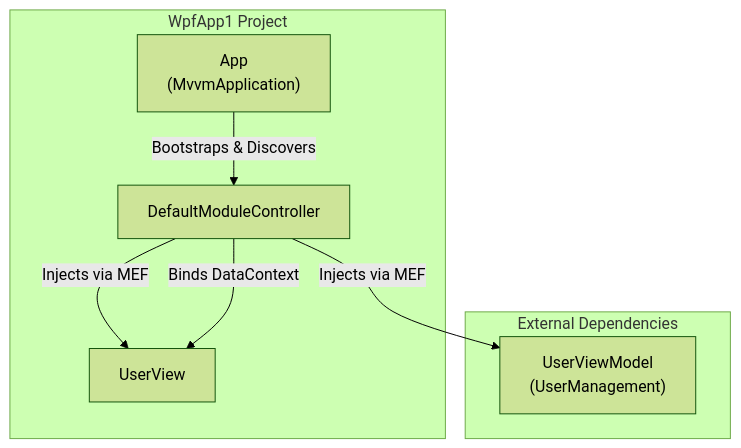
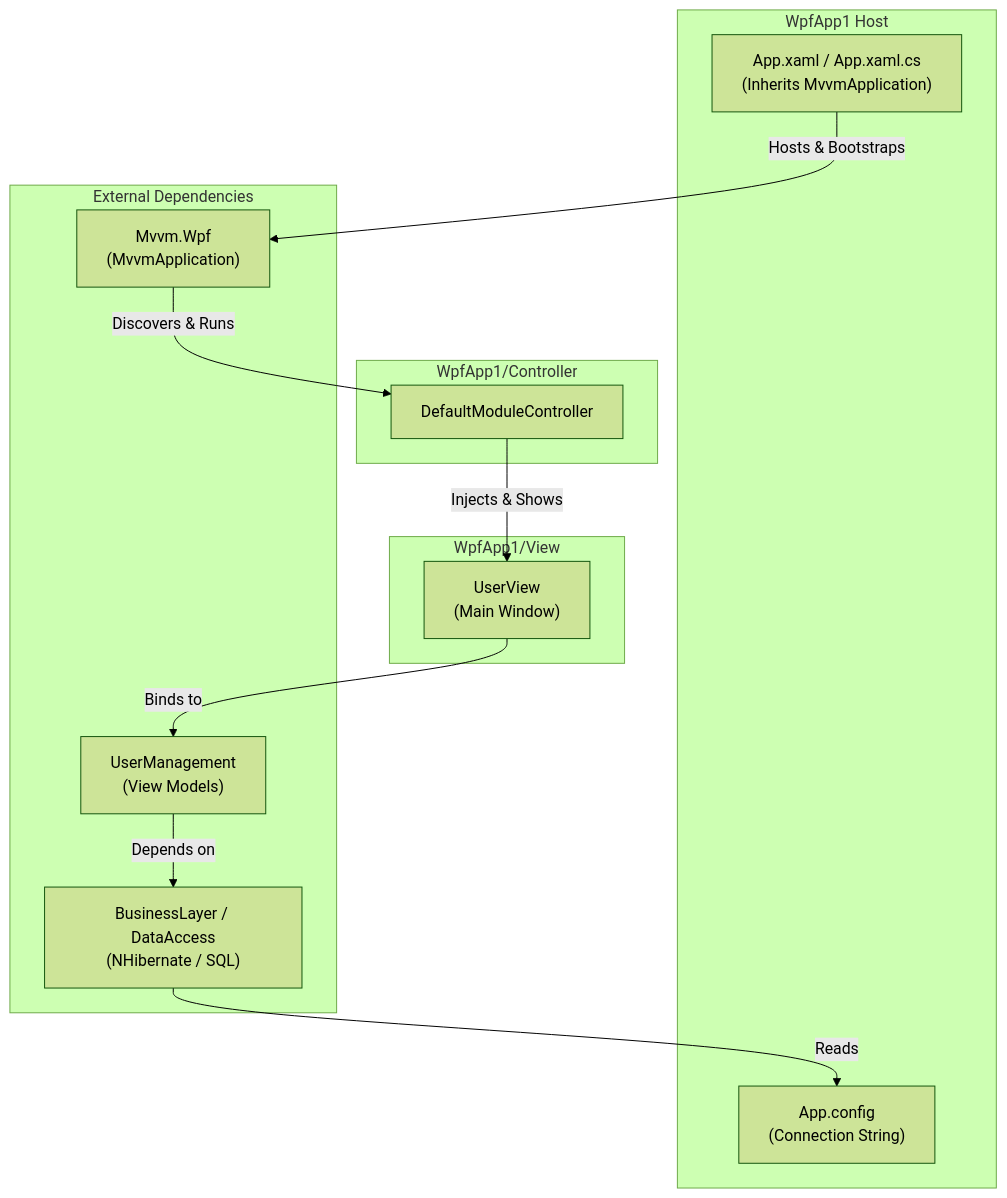
One commit to wetzlmaier-scch/mvvm changed the diagram in doc/WpfApp1.md. Above: the diagram before and after it, drawn with Mermaid (forest theme). The commit also changed other lines of this file and 132 other files, not shown here.

````diff
--- a/doc/WpfApp1.md
+++ b/doc/WpfApp1.md
@@ -22,17 +24,28 @@
 ```mermaid
 flowchart TD
-    subgraph "WpfApp1 Project"
-        App["App<br/>(MvvmApplication)"]
+    subgraph "WpfApp1 Host"
+        App["App.xaml / App.xaml.cs<br/>(Inherits MvvmApplication)"]
+        Config["App.config<br/>(Connection String)"]
+    end
+
+    subgraph "WpfApp1/Controller"
         DMC["DefaultModuleController"]
-        UserView["UserView"]
+    end
+
+    subgraph "WpfApp1/View"
+        UserView["UserView<br/>(Main Window)"]
     end
 
     subgraph "External Dependencies"
-        UserVM["UserViewModel<br/>(UserManagement)"]
+        MvvmLib["Mvvm.Wpf<br/>(MvvmApplication)"]
+        UserMgmt["UserManagement<br/>(View Models)"]
+        DataLayer["BusinessLayer / DataAccess<br/>(NHibernate / SQL)"]
     end
 
-    App -->|Bootstraps & Discovers| DMC
-    DMC -->|Injects via MEF| UserView
-    DMC -->|Injects via MEF| UserVM
-    DMC -->|Binds DataContext| UserView
+    App -->|Hosts & Bootstraps| MvvmLib
+    MvvmLib -->|Discovers & Runs| DMC
+    DMC -->|Injects & Shows| UserView
+    UserView -->|Binds to| UserMgmt
+    UserMgmt -->|Depends on| DataLayer
+    DataLayer -->|Reads| Config
 ```
````
